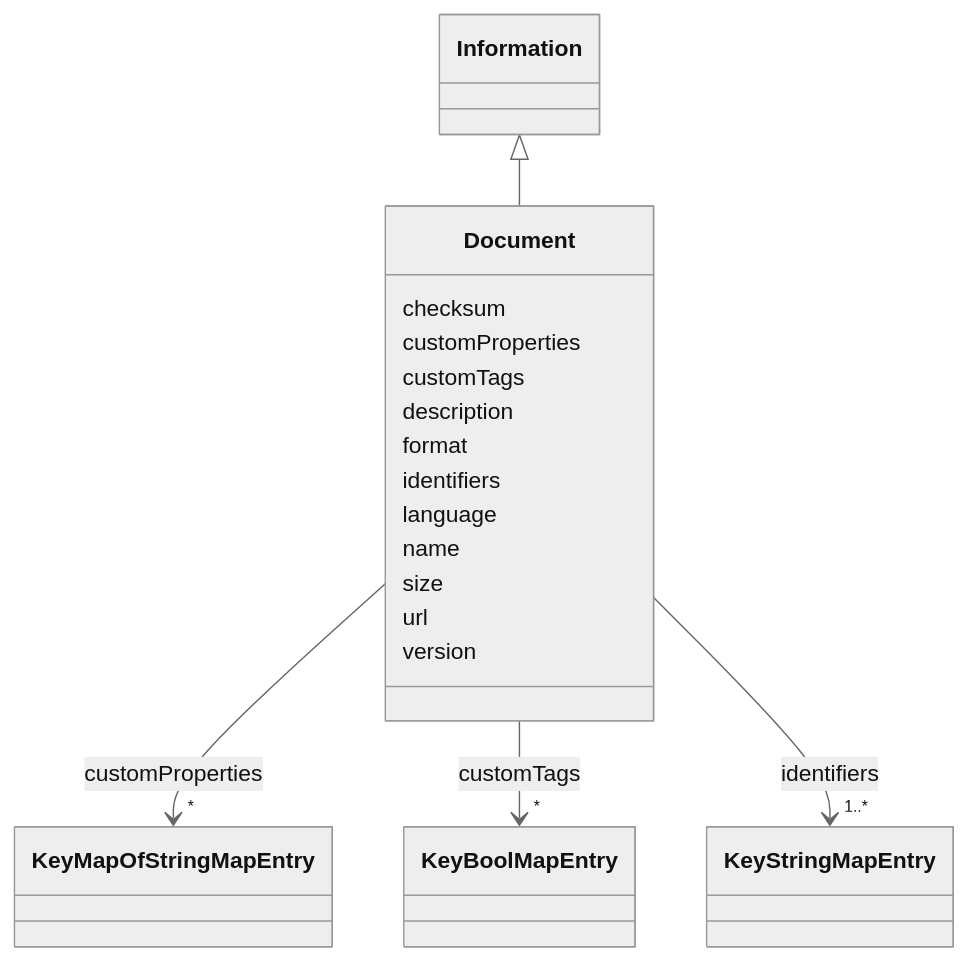
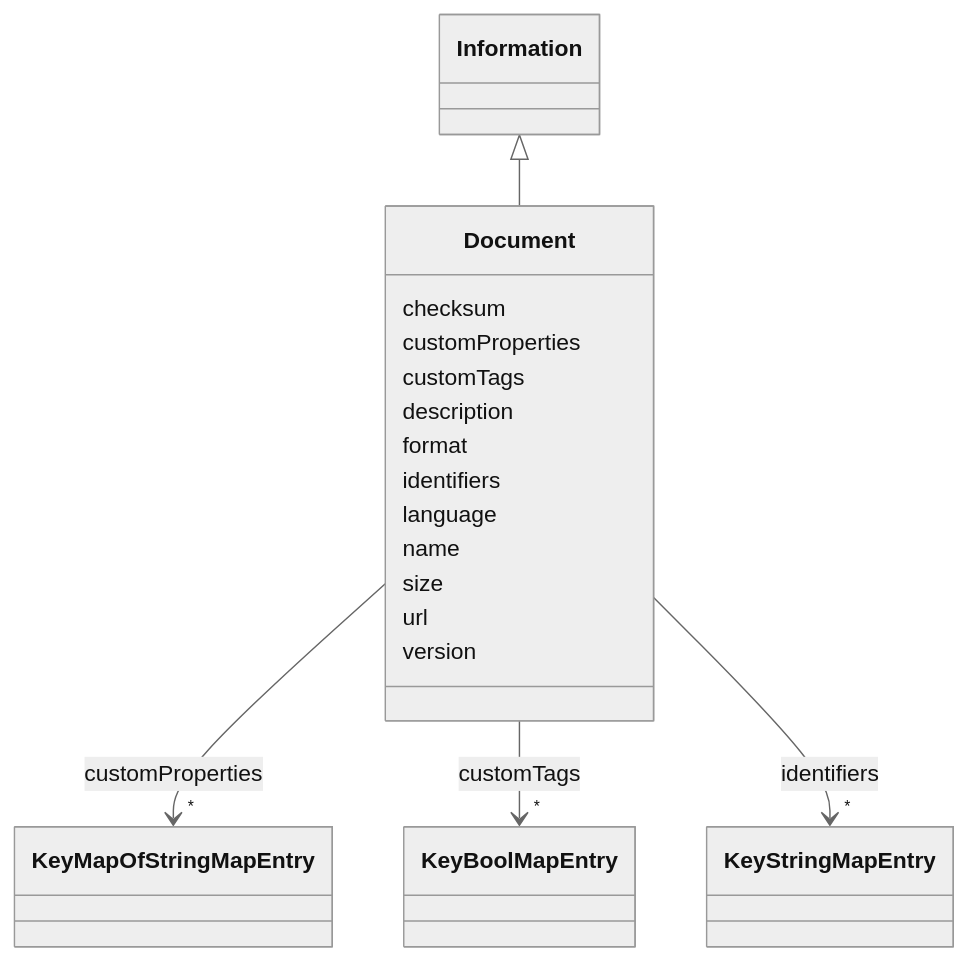
Before and after one commit to takashikasuya/smartbuiding_ontology: the diagram in docs/Document.md, drawn with Mermaid (neutral theme). The commit also changed other lines of this file and 89 other files, not shown here.

````diff
--- a/docs/Document.md
+++ b/docs/Document.md
@@ -18,58 +18,58 @@
 ```mermaid
  classDiagram
     class Document
     click Document href "../Document/"
       Information <|-- Document
         click Information href "../Information/"
       
       Document : checksum
         
       Document : customProperties
         
           
     
         
         
         Document --> "*" KeyMapOfStringMapEntry : customProperties
         click KeyMapOfStringMapEntry href "../KeyMapOfStringMapEntry/"
     
 
         
       Document : customTags
         
           
     
         
         
         Document --> "*" KeyBoolMapEntry : customTags
         click KeyBoolMapEntry href "../KeyBoolMapEntry/"
     
 
         
       Document : description
         
       Document : format
         
       Document : identifiers
         
           
     
         
         
-        Document --> "1..*" KeyStringMapEntry : identifiers
+        Document --> "*" KeyStringMapEntry : identifiers
         click KeyStringMapEntry href "../KeyStringMapEntry/"
     
 
         
       Document : language
         
       Document : name
         
       Document : size
         
       Document : url
         
       Document : version
         
       
 ```
````
